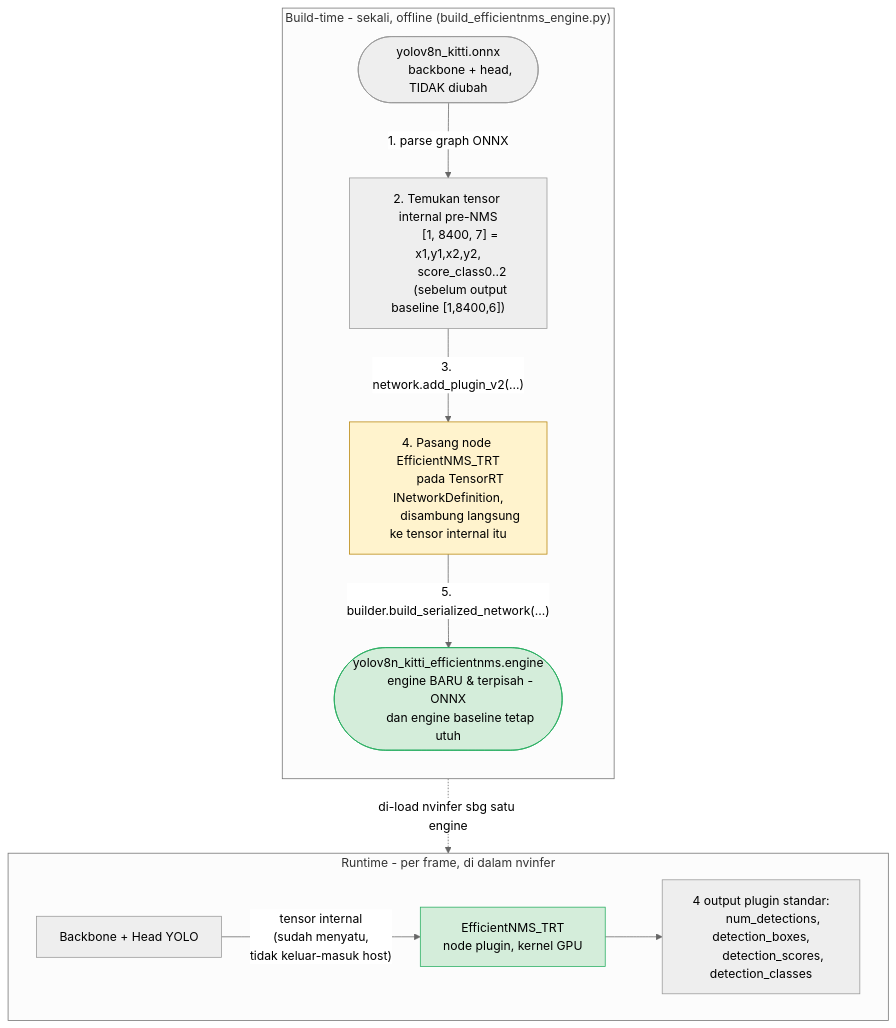
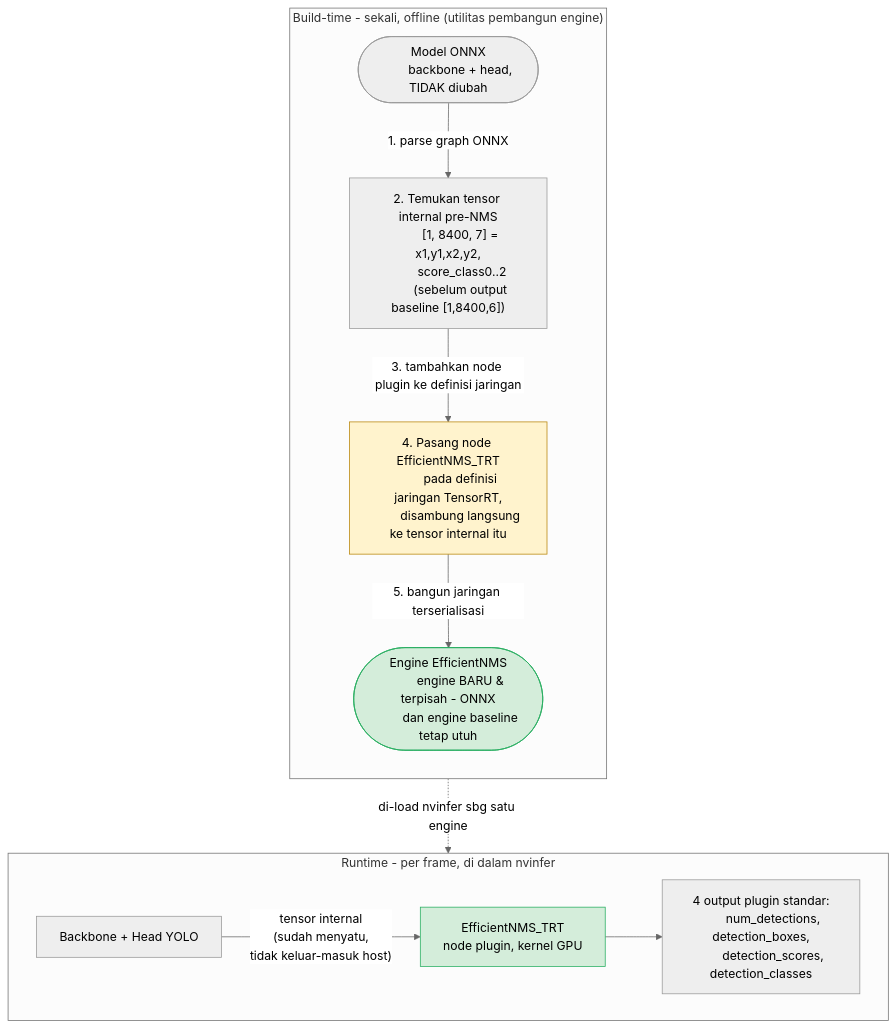
The third of 3 diagrams in skripsi/draft/BAB-2-Metode-Penelitian.md (perdiDev/final-project), drawn with Mermaid (neutral theme) before and after one commit. The commit also changed other lines of this file and 13 other files, not shown here.

````diff
--- a/skripsi/draft/BAB-2-Metode-Penelitian.md
+++ b/skripsi/draft/BAB-2-Metode-Penelitian.md
@@ -408,35 +419,35 @@
 ```mermaid
 flowchart TB
-    subgraph BT["Build-time - sekali, offline (build_efficientnms_engine.py)"]
+    subgraph BT["Build-time - sekali, offline (utilitas pembangun engine)"]
         direction TB
-        O1(["yolov8n_kitti.onnx
+        O1(["Model ONNX
         backbone + head, TIDAK diubah"])
         O1 -->|"1. parse graph ONNX"| O2["2. Temukan tensor internal pre-NMS
         [1, 8400, 7] = x1,y1,x2,y2,
         score_class0..2
         (sebelum output baseline [1,8400,6])"]
-        O2 -->|"3. network.add_plugin_v2(...)"| O3["4. Pasang node EfficientNMS_TRT
-        pada TensorRT INetworkDefinition,
+        O2 -->|"3. tambahkan node plugin ke definisi jaringan"| O3["4. Pasang node EfficientNMS_TRT
+        pada definisi jaringan TensorRT,
         disambung langsung ke tensor internal itu"]
-        O3 -->|"5. builder.build_serialized_network(...)"| O4(["yolov8n_kitti_efficientnms.engine
+        O3 -->|"5. bangun jaringan terserialisasi"| O4(["Engine EfficientNMS
         engine BARU & terpisah - ONNX
         dan engine baseline tetap utuh"])
     end
 
     subgraph RT["Runtime - per frame, di dalam nvinfer"]
         direction LR
         R1[Backbone + Head YOLO] -->|"tensor internal
         (sudah menyatu,
         tidak keluar-masuk host)"| R2["EfficientNMS_TRT
         node plugin, kernel GPU"]
         R2 --> R3["4 output plugin standar:
         num_detections, detection_boxes,
         detection_scores, detection_classes"]
     end
 
     O4 -.di-load nvinfer sbg satu engine.-> R1
 
     style O3 fill:#fff3cd,stroke:#b8860b
     style O4 fill:#d4edda,stroke:#27ae60
     style R2 fill:#d4edda,stroke:#27ae60
 ```
````
